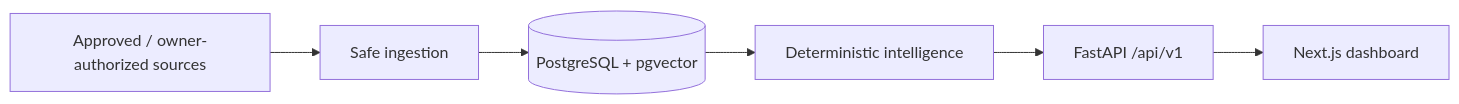
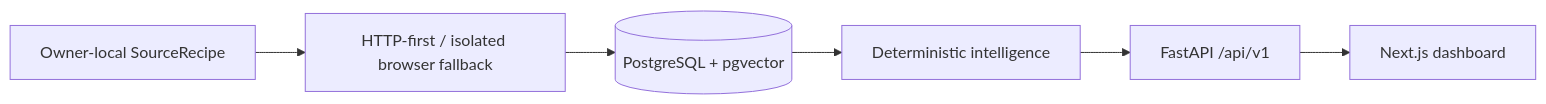
Before and after one commit to HPhucTV/DevRadar: the diagram in README.md, drawn with Mermaid. The commit also changed other lines of this file and 19 other files, not shown here.

Commit message:
docs: ship one-click source recipe workflow

````diff
--- a/README.md
+++ b/README.md
@@ -50,8 +53,8 @@
 ```mermaid
 flowchart LR
-    S["Approved / owner-authorized sources"] --> I["Safe ingestion"]
+    S["Owner-local SourceRecipe"] --> I["HTTP-first / isolated browser fallback"]
     I --> P[("PostgreSQL + pgvector")]
     P --> X["Deterministic intelligence"]
     X --> A["FastAPI /api/v1"]
     A --> W["Next.js dashboard"]
 ```
````
